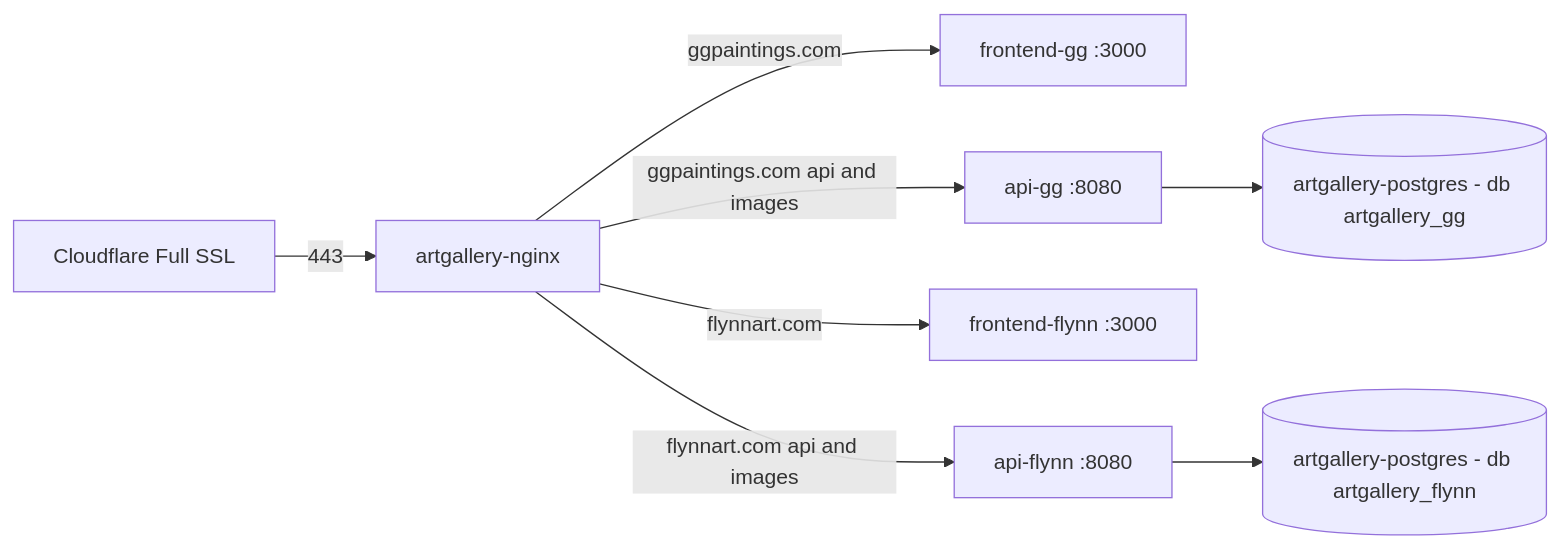
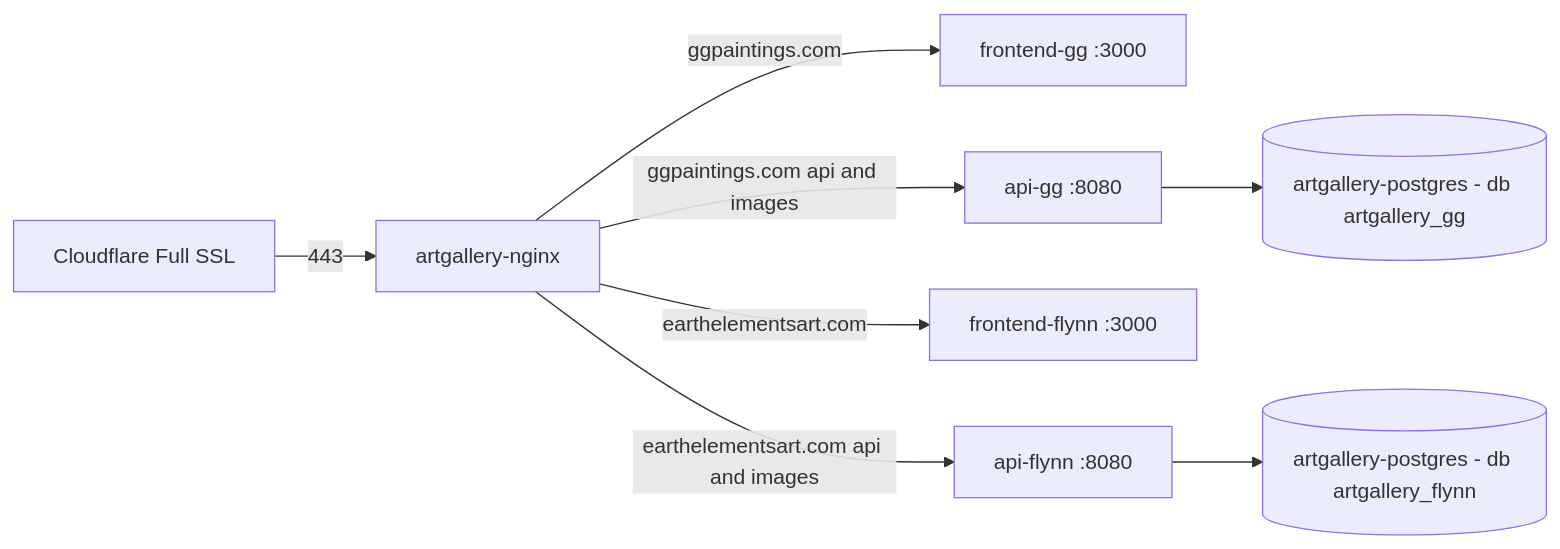
The diagram in plans/flynn-deployment-runbook.md (JFlynn426/Painting_Website_Docker_NextJS), drawn with Mermaid before and after one commit. The commit also changed other lines of this file and 26 other files, not shown here.

````diff
--- a/plans/flynn-deployment-runbook.md
+++ b/plans/flynn-deployment-runbook.md
@@ -13,10 +24,10 @@
 ```mermaid
 graph LR
     CF[Cloudflare Full SSL] -->|443| NG[artgallery-nginx]
     NG -->|ggpaintings.com| FGG[frontend-gg :3000]
     NG -->|ggpaintings.com api and images| AGG[api-gg :8080]
-    NG -->|flynnart.com| FFN[frontend-flynn :3000]
-    NG -->|flynnart.com api and images| AFN[api-flynn :8080]
+    NG -->|earthelementsart.com| FFN[frontend-flynn :3000]
+    NG -->|earthelementsart.com api and images| AFN[api-flynn :8080]
     AGG --> PG[(artgallery-postgres - db artgallery_gg)]
     AFN --> PG2[(artgallery-postgres - db artgallery_flynn)]
 ```
````
